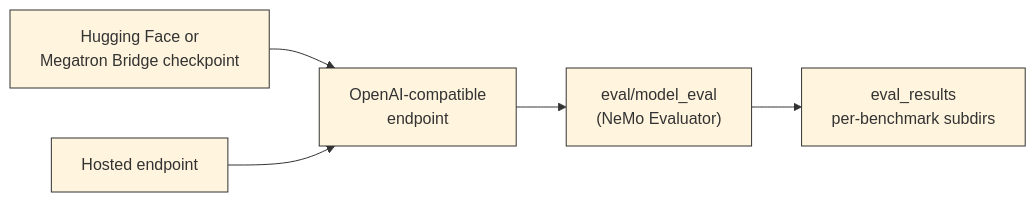
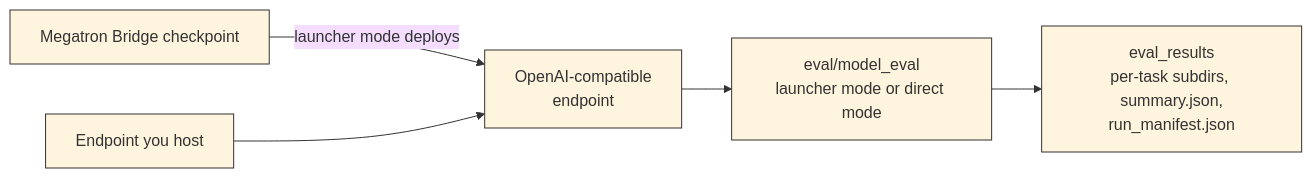
The diagram in docs/model-eval/index.md (NVIDIA-NeMo/Nemotron), drawn with Mermaid before and after one commit. The commit also changed other lines of this file and 883 other files, not shown here.

````diff
--- a/docs/model-eval/index.md
+++ b/docs/model-eval/index.md
@@ -28,8 +58,8 @@
 ```{mermaid}
 %%{init: {'theme': 'base', 'themeVariables': { 'primaryBorderColor': '#333333', 'lineColor': '#333333', 'primaryTextColor': '#333333', 'clusterBkg': '#ffffff', 'clusterBorder': '#333333'}}}%%
 flowchart LR
-    ckpt["Hugging Face or<br/>Megatron Bridge checkpoint"] --> deploy["OpenAI-compatible<br/>endpoint"]
-    hosted["Hosted endpoint"] --> deploy
-    deploy --> step["eval/model_eval<br/>(NeMo Evaluator)"]
-    step --> results["eval_results<br/>per-benchmark subdirs"]
+    ckpt["Megatron Bridge checkpoint"] -->|launcher mode deploys| deploy["OpenAI-compatible<br/>endpoint"]
+    hosted["Endpoint you host"] --> deploy
+    deploy --> step["eval/model_eval<br/>launcher mode or direct mode"]
+    step --> results["eval_results<br/>per-task subdirs, summary.json,<br/>run_manifest.json"]
 ```
````
